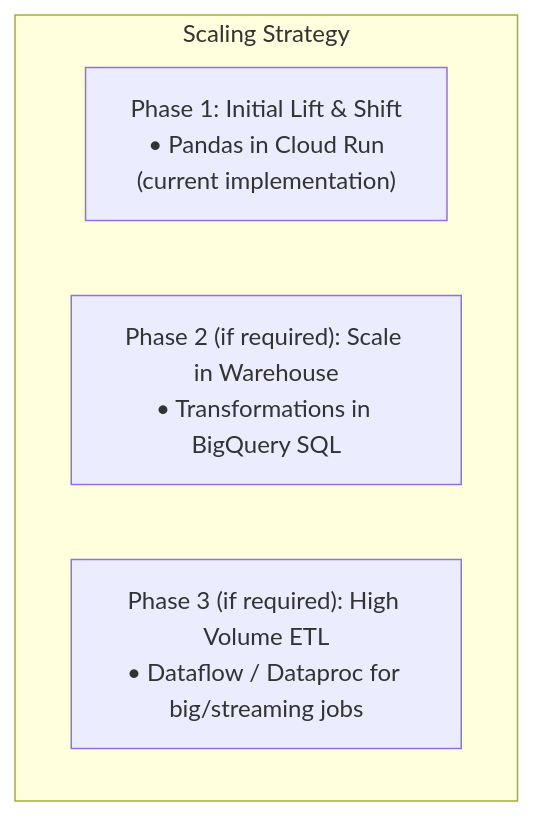
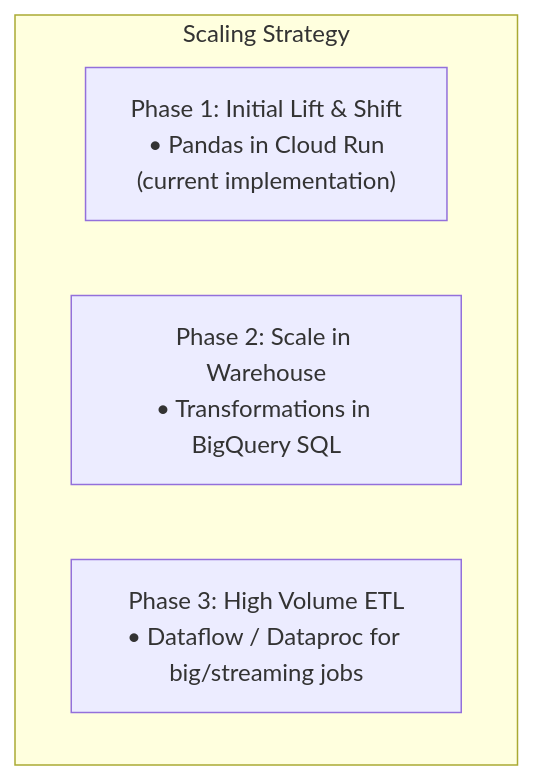
The diagram in scaling_strategy.md (arthurlouieferrari-dot/supermarket-etl-gcp), drawn with Mermaid before and after one commit.

````diff
--- a/scaling_strategy.md
+++ b/scaling_strategy.md
@@ -1,8 +1,8 @@
 ```mermaid
 flowchart TB
     subgraph Scale [Scaling Strategy]
         A["Phase 1: Initial Lift & Shift<br/>• Pandas in Cloud Run<br/>(current implementation)"]
-        B["Phase 2 (if required): Scale in Warehouse<br/>• Transformations in BigQuery SQL"]
-        C["Phase 3 (if required): High Volume ETL<br/>• Dataflow / Dataproc for big/streaming jobs"]
+        B["Phase 2: Scale in Warehouse<br/>• Transformations in BigQuery SQL"]
+        C["Phase 3: High Volume ETL<br/>• Dataflow / Dataproc for big/streaming jobs"]
     end
 ```
````
